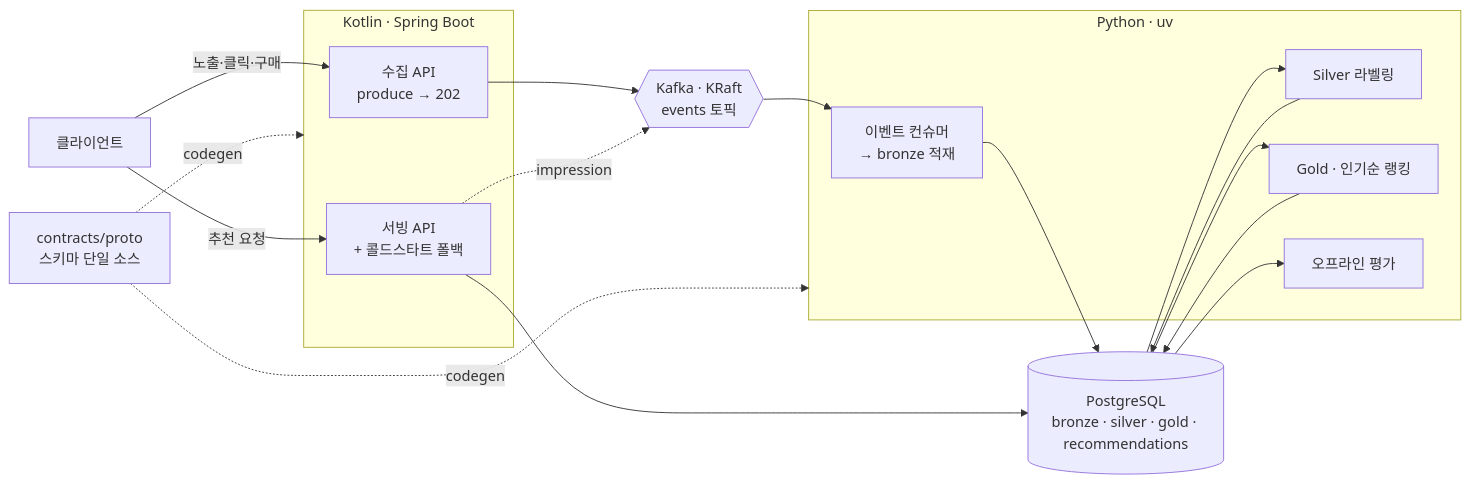
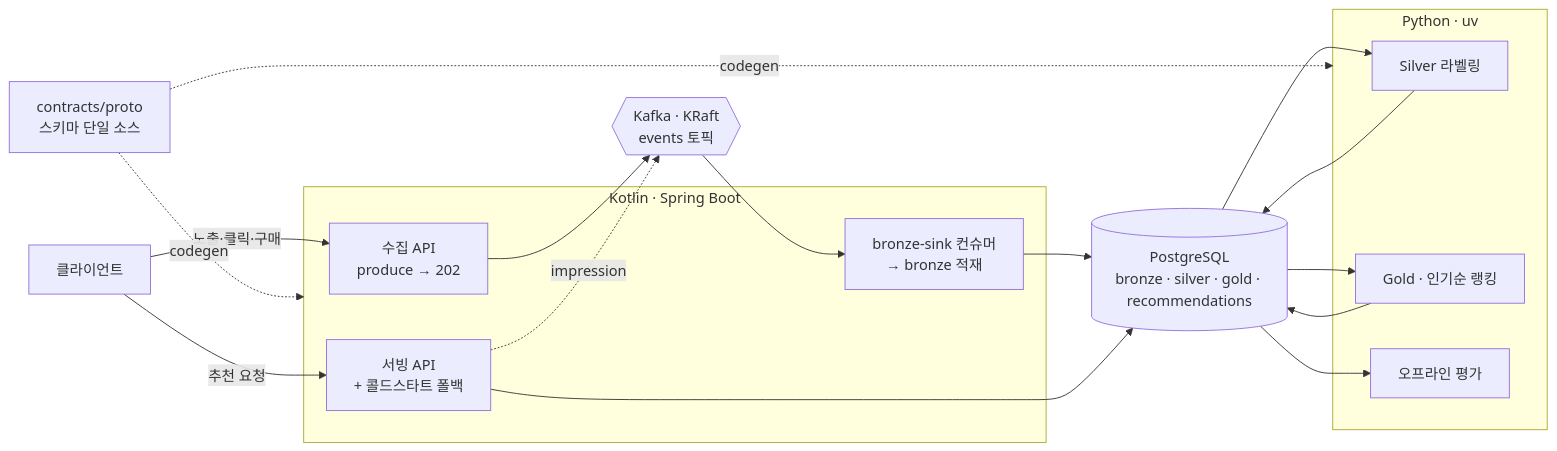
One commit to daehoon1112/personalized-reco changed the second of 4 diagrams in README.md. Above: the diagram before and after it, drawn with Mermaid. The commit also changed other lines of this file and 54 other files, not shown here.

First line of the commit message:
feat: 데이터 모델(Flyway V1~V4) + JDK 25 스택 상향 + bronze-sink(Kotlin) 컨슈머

````diff
--- a/README.md
+++ b/README.md
@@ -48,34 +111,34 @@
 ```mermaid
 flowchart LR
     C["클라이언트"]
     PROTO["contracts/proto<br/>스키마 단일 소스"]
     KAFKA{{"Kafka · KRaft<br/>events 토픽"}}
     PG[("PostgreSQL<br/>bronze · silver · gold · recommendations")]
 
     subgraph kt["Kotlin · Spring Boot"]
         ING["수집 API<br/>produce → 202"]
         SRV["서빙 API<br/>+ 콜드스타트 폴백"]
+        SINK["bronze-sink 컨슈머<br/>→ bronze 적재"]
     end
 
     subgraph py["Python · uv"]
-        CONS["이벤트 컨슈머<br/>→ bronze 적재"]
         LBL["Silver 라벨링"]
         BATCH["Gold · 인기순 랭킹"]
         EVAL["오프라인 평가"]
     end
 
     C -->|노출·클릭·구매| ING
     C -->|추천 요청| SRV
     ING --> KAFKA
     SRV -. impression .-> KAFKA
-    KAFKA --> CONS
-    CONS --> PG
+    KAFKA --> SINK
+    SINK --> PG
     SRV --> PG
     PG --> LBL
     LBL --> PG
     PG --> BATCH
     BATCH --> PG
     PG --> EVAL
     PROTO -. codegen .-> kt
     PROTO -. codegen .-> py
 ```
````
